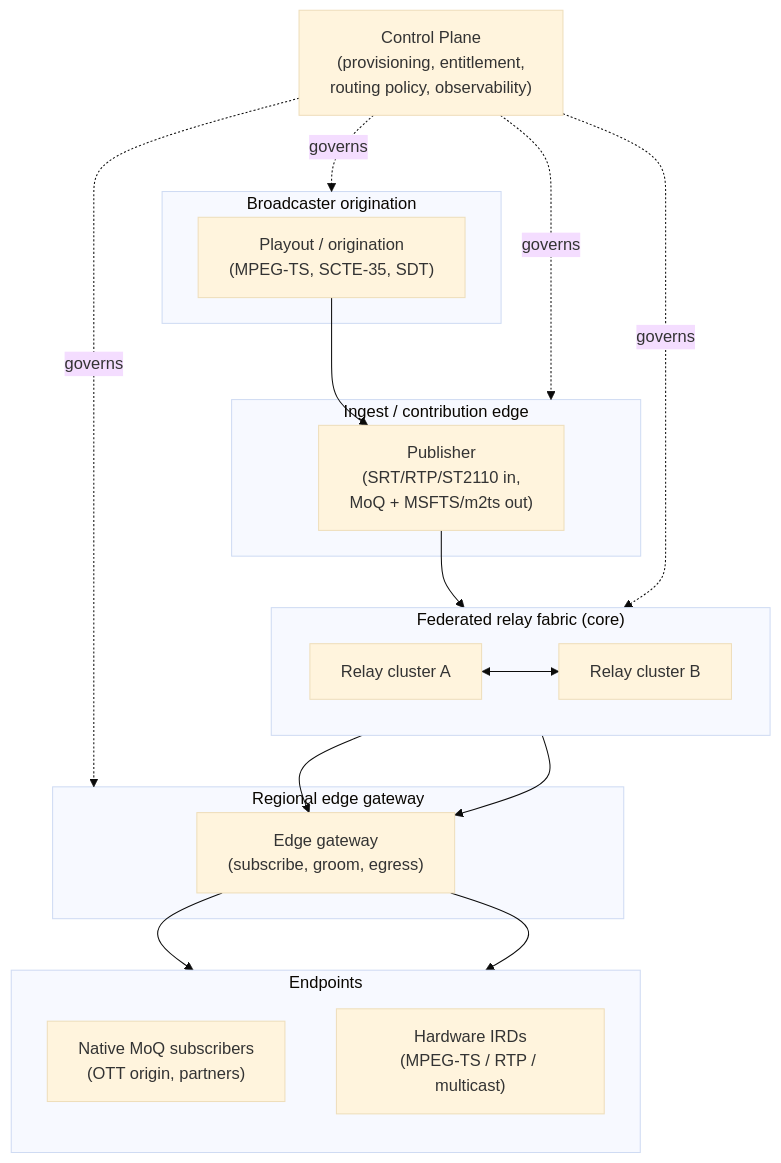
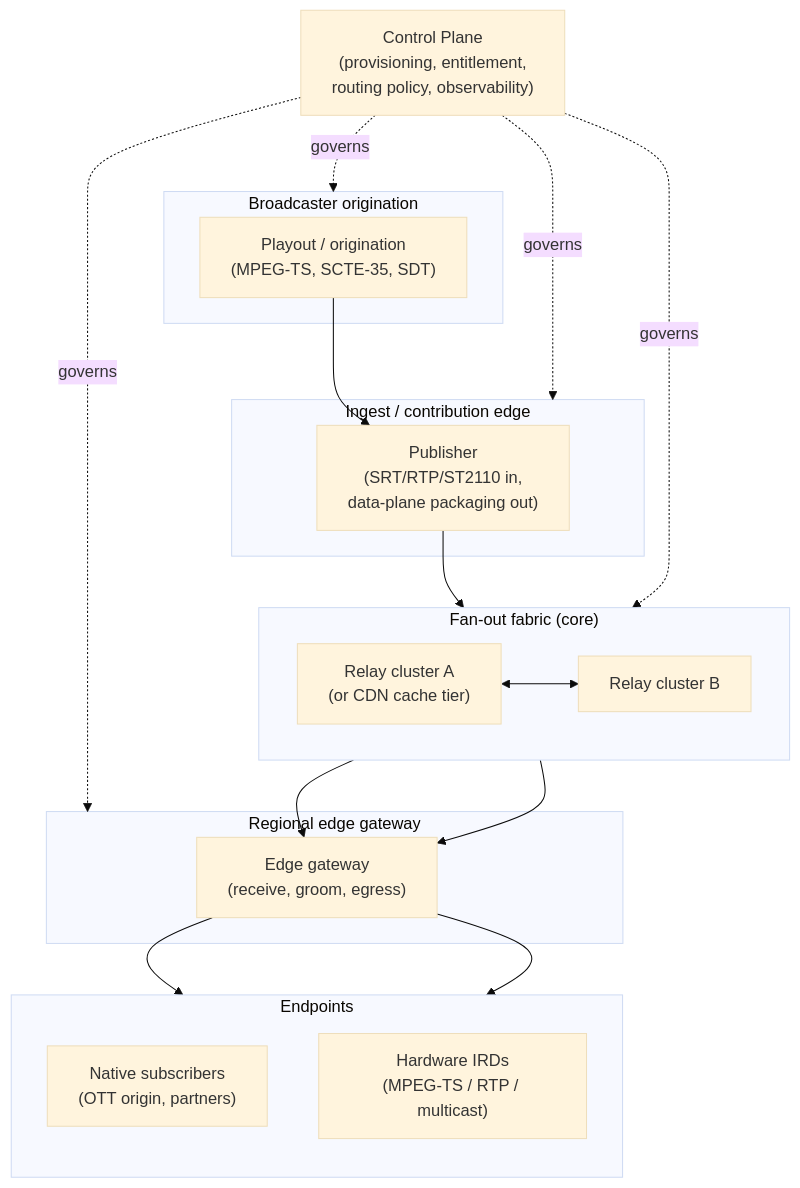
Before and after one commit to tdrapier-wbd/moq-mpegts-paper: the first of 2 diagrams in docs/architecture.md, drawn with Mermaid (base theme). The commit also changed other lines of this file and 38 other files, not shown here.

````diff
--- a/docs/architecture.md
+++ b/docs/architecture.md
@@ -83,45 +57,41 @@
 ```mermaid
 flowchart TD
-    %% Control plane sits naturally at the top layer
     CP["Control Plane\n(provisioning, entitlement,\nrouting policy, observability)"]
 
-    %% Main components
     subgraph Origination["Broadcaster origination"]
         SRC["Playout / origination\n(MPEG-TS, SCTE-35, SDT)"]
     end
 
     subgraph Ingest["Ingest / contribution edge"]
-        PUB["Publisher\n(SRT/RTP/ST2110 in,\nMoQ + MSFTS/m2ts out)"]
+        PUB["Publisher\n(SRT/RTP/ST2110 in,\ndata-plane packaging out)"]
     end
 
-    subgraph Fabric["Federated relay fabric (core)"]
+    subgraph Fabric["Fan-out fabric (core)"]
         direction LR
-        R1["Relay cluster A"]
+        R1["Relay cluster A\n(or CDN cache tier)"]
         R2["Relay cluster B"]
         R1 <--> R2
     end
 
     subgraph Edge["Regional edge gateway"]
-        GW["Edge gateway\n(subscribe, groom, egress)"]
+        GW["Edge gateway\n(receive, groom, egress)"]
     end
 
     subgraph Endpoints["Endpoints"]
         direction TB
-        NSUB["Native MoQ subscribers\n(OTT origin, partners)"]
+        NSUB["Native subscribers\n(OTT origin, partners)"]
         IRD["Hardware IRDs\n(MPEG-TS / RTP / multicast)"]
     end
 
-    %% Main Media Flow
     SRC --> PUB
     PUB --> R1
     R1 --> GW
     R2 --> GW
     GW --> NSUB
     GW --> IRD
 
-    %% Control Plane Governance Connections (Targeting the Subgraphs directly)
     CP -. governs .-> Origination
     CP -. governs .-> Ingest
     CP -. governs .-> Fabric
     CP -. governs .-> Edge
 ```
````
